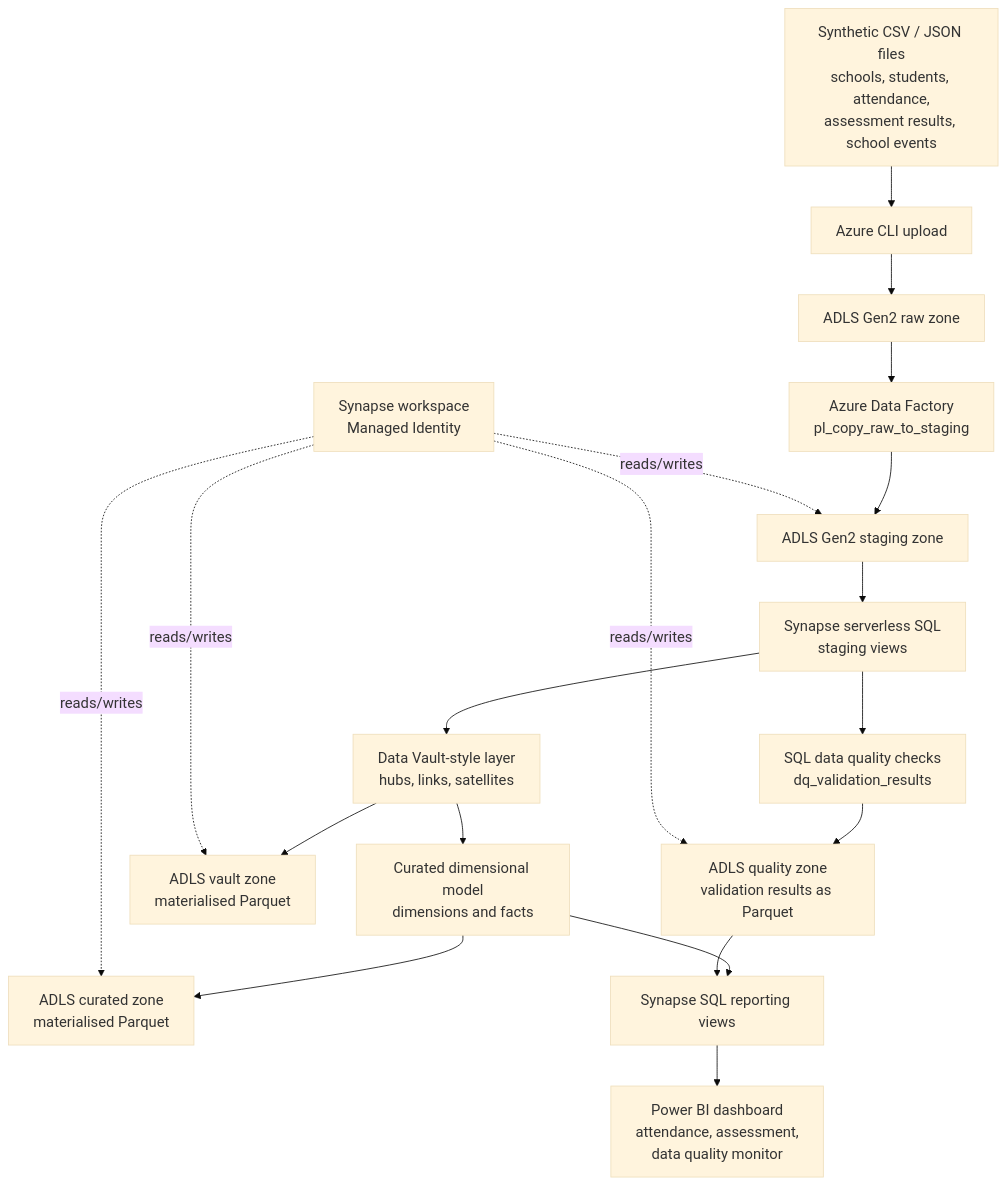
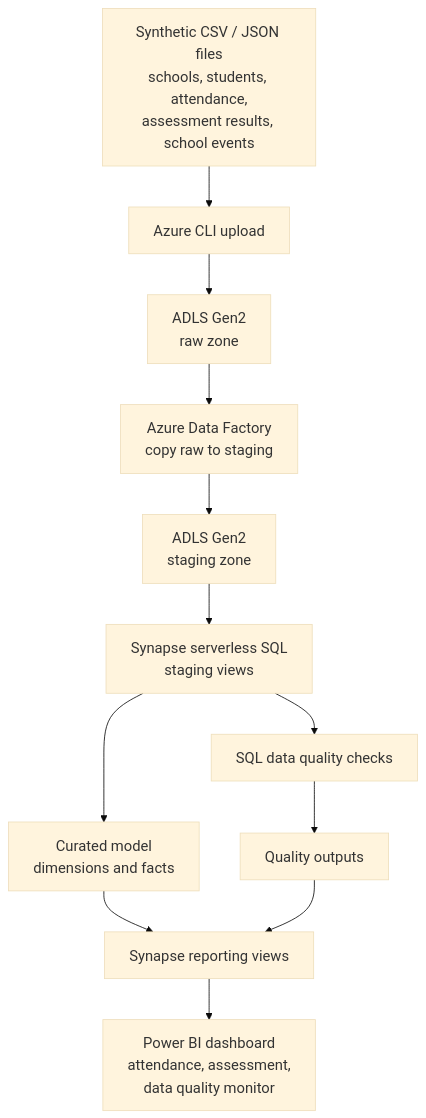
The first of 3 diagrams in docs/shared/architecture.md (chypwc/education_data_lakehouse), drawn with Mermaid before and after one commit. The commit also changed other lines of this file, not shown here.

Commit message:
update architecture diagram to include pipeline C

````diff
--- a/docs/shared/architecture.md
+++ b/docs/shared/architecture.md
@@ -13,23 +15,15 @@
 ```mermaid
 %%{init: {"theme": "base", "themeVariables": {"fontSize": "18px", "fontFamily": "Arial"}} }%%
 flowchart TD
     A["Synthetic CSV / JSON files<br/>schools, students, attendance,<br/>assessment results, school events"] --> B["Azure CLI upload"]
-    B --> C["ADLS Gen2 raw zone"]
-    C --> D["Azure Data Factory<br/>pl_copy_raw_to_staging"]
-    D --> E["ADLS Gen2 staging zone"]
+    B --> C["ADLS Gen2<br/>raw zone"]
+    C --> D["Azure Data Factory<br/>copy raw to staging"]
+    D --> E["ADLS Gen2<br/>staging zone"]
     E --> F["Synapse serverless SQL<br/>staging views"]
-    F --> G["SQL data quality checks<br/>dq_validation_results"]
-    G --> H["ADLS quality zone<br/>validation results as Parquet"]
-    F --> I["Data Vault-style layer<br/>hubs, links, satellites"]
-    I --> J["ADLS vault zone<br/>materialised Parquet"]
-    I --> K["Curated dimensional model<br/>dimensions and facts"]
-    K --> L["ADLS curated zone<br/>materialised Parquet"]
-    K --> M["Synapse SQL reporting views"]
-    H --> M
-    M --> N["Power BI dashboard<br/>attendance, assessment,<br/>data quality monitor"]
-
-    O["Synapse workspace<br/>Managed Identity"] -. reads/writes .-> E
-    O -. reads/writes .-> H
-    O -. reads/writes .-> J
-    O -. reads/writes .-> L
+    F --> G["SQL data quality checks"]
+    F --> H["Curated model<br/>dimensions and facts"]
+    G --> I["Quality outputs"]
+    H --> J["Synapse reporting views"]
+    I --> J
+    J --> K["Power BI dashboard<br/>attendance, assessment,<br/>data quality monitor"]
 ```
````
